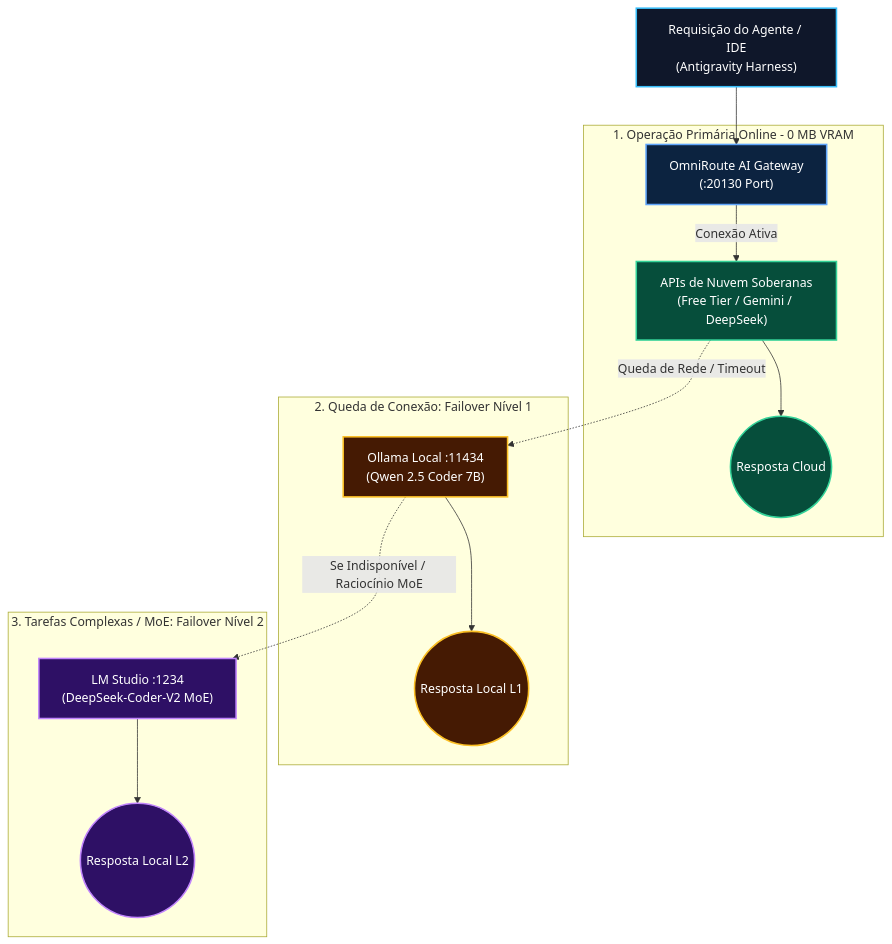
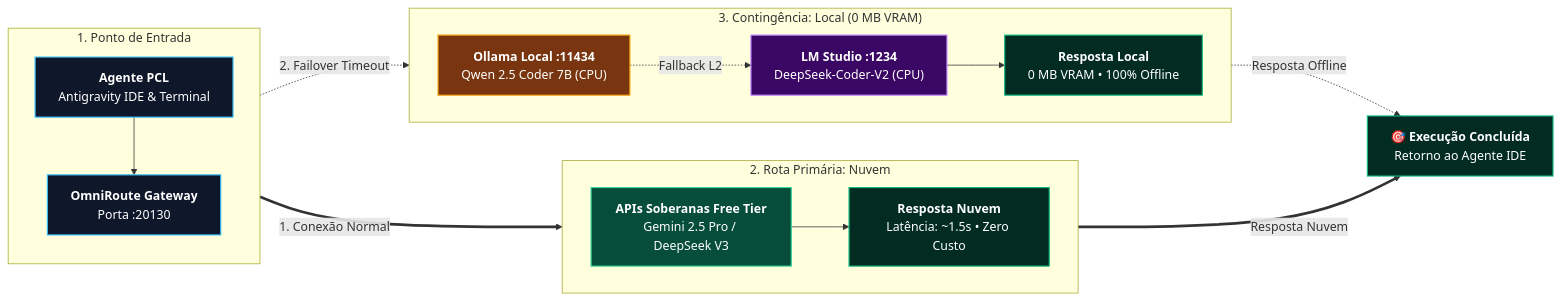
The fourth of 4 diagrams in README.md (EnterDufter/PromptCoreLabs_AEOS), drawn with Mermaid before and after one commit. The commit also changed other lines of this file and 8 other files, not shown here.

Commit message:
docs(mermaid): padronizar 15 diagramas calibrados v7 no repo, github pages e skill cortex

````diff
--- a/README.md
+++ b/README.md
@@ -230,25 +236,39 @@
 ```mermaid
-flowchart TD
-    classDef req fill:#0f172a,stroke:#38bdf8,stroke-width:2px,color:#ffffff
-    classDef gate fill:#0c2340,stroke:#60a5fa,stroke-width:2px,color:#ffffff
-    classDef online fill:#064e3b,stroke:#34d399,stroke-width:2px,color:#ffffff
-    classDef failover fill:#451a03,stroke:#fbbf24,stroke-width:2px,color:#ffffff
-    classDef moe fill:#2e1065,stroke:#c084fc,stroke-width:2px,color:#ffffff
+flowchart LR
+    classDef req fill:#0f172a,stroke:#38bdf8,stroke-width:1.5px,color:#ffffff;
+    classDef c0 fill:#064e3b,stroke:#34d399,stroke-width:1.5px,color:#ffffff;
+    classDef c1 fill:#78350f,stroke:#f59e0b,stroke-width:1.5px,color:#ffffff;
+    classDef c2 fill:#3b0764,stroke:#c084fc,stroke-width:1.5px,color:#ffffff;
+    classDef out fill:#022c22,stroke:#10b981,stroke-width:1.5px,color:#ffffff;
 
-    Req["Requisição do Agente / IDE<br/>(Antigravity Harness)"]:::req --> Gateway["OmniRoute AI Gateway<br/>(:20130 Port)"]:::gate
-    
-    subgraph ModoOnline ["1. Operação Primária Online - 0 MB VRAM"]
-        Gateway -->|Conexão Ativa| CloudAPI["APIs de Nuvem Soberanas<br/>(Free Tier / Gemini / DeepSeek)"]:::online
-        CloudAPI --> ResCloud(("Resposta Cloud")):::online
+    subgraph Entrada ["1. Ponto de Entrada"]
+        direction TB
+        Harness["<b>Agente PCL</b><br/>Antigravity IDE & Terminal"]:::req
+        Gateway["<b>OmniRoute Gateway</b><br/>Porta :20130"]:::req
+        Harness --> Gateway
     end
-    
-    subgraph FailoverL1 ["2. Queda de Conexão: Failover Nível 1"]
-        CloudAPI -.->|Queda de Rede / Timeout| OllamaLocal["Ollama Local :11434<br/>(Qwen 2.5 Coder 7B)"]:::failover
-        OllamaLocal --> ResOllama(("Resposta Local L1")):::failover
+
+    subgraph Tier0 ["2. Rota Primária: Nuvem"]
+        direction LR
+        APIs["<b>APIs Soberanas Free Tier</b><br/>Gemini 2.5 Pro / DeepSeek V3"]:::c0
+        RespCloud["<b>Resposta Nuvem</b><br/>Latência: ~1.5s • Zero Custo"]:::out
+        APIs --> RespCloud
     end
-    
-    subgraph FailoverL2 ["3. Tarefas Complexas / MoE: Failover Nível 2"]
-        OllamaLocal -.->|Se Indisponível / Raciocínio MoE| LMStudioLocal["LM Studio :1234<br/>(DeepSeek-Coder-V2 MoE)"]:::moe
-        LMStudioLocal --> ResLMS(("Resposta Local L2")):::moe
+
+    subgraph TierLocal ["3. Contingência: Local (0 MB VRAM)"]
+        direction LR
+        L1["<b>Ollama Local :11434</b><br/>Qwen 2.5 Coder 7B (CPU)"]:::c1
+        L2["<b>LM Studio :1234</b><br/>DeepSeek-Coder-V2 (CPU)"]:::c2
+        RespLocal["<b>Resposta Local</b><br/>0 MB VRAM • 100% Offline"]:::out
+        L1 -.->|"Fallback L2"| L2
+        L2 --> RespLocal
     end
+
+    Saida["🎯 <b>Execução Concluída</b><br/>Retorno ao Agente IDE"]:::out
+
+    Gateway ==>|"1. Conexão Normal"| APIs
+    Gateway -.->|"2. Failover Timeout"| L1
+
+    RespCloud ==>|"Resposta Nuvem"| Saida
+    RespLocal -.->|"Resposta Offline"| Saida
 ```
````
